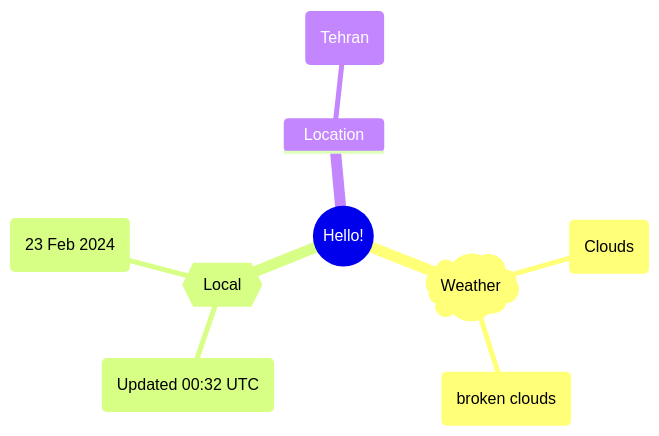
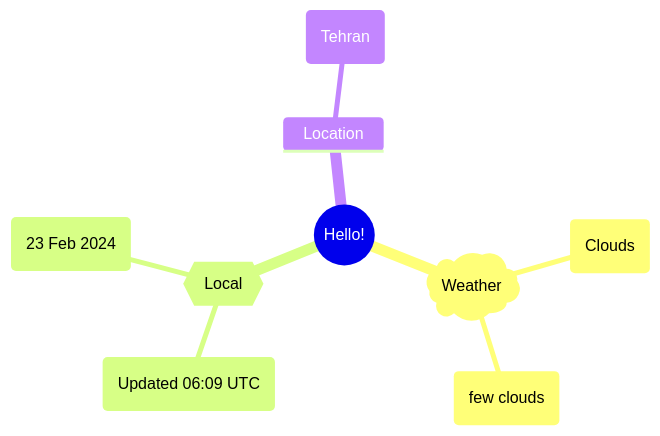
Before and after one commit to Xosrov/Xosrov: the first of 2 diagrams in README.md, drawn with Mermaid.

Commit message:
[bot] updated images

````diff
--- a/README.md
+++ b/README.md
@@ -3,12 +3,12 @@
 ```mermaid
 mindmap
   root((Hello!))
     )Weather(
         (Clouds)
-        (broken clouds)
+        (few clouds)
     {{Local}}
-        (Updated 00:32 UTC)
+        (Updated 06:09 UTC)
         (23 Feb 2024)
     Location
         (Tehran)
 ```
````
